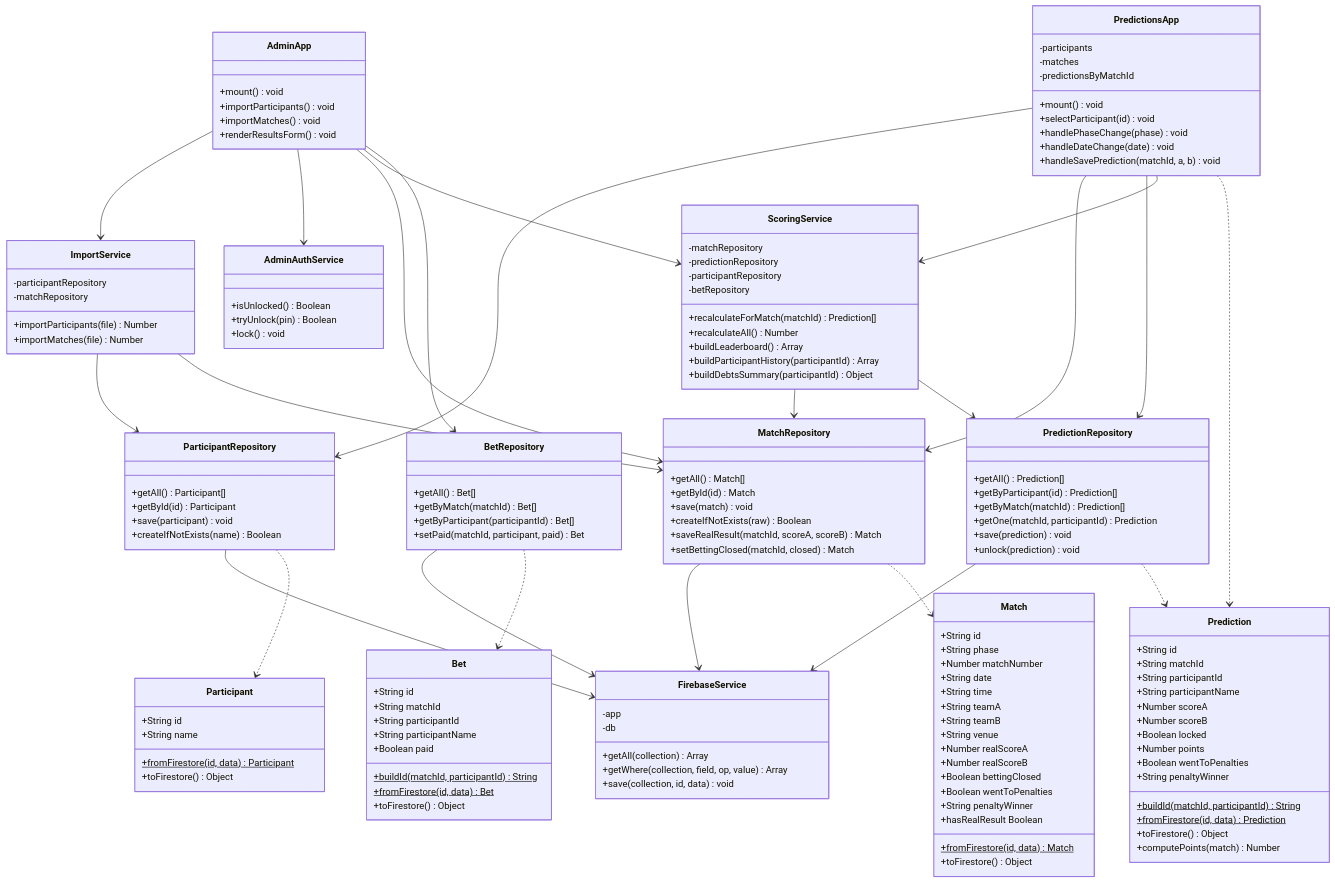
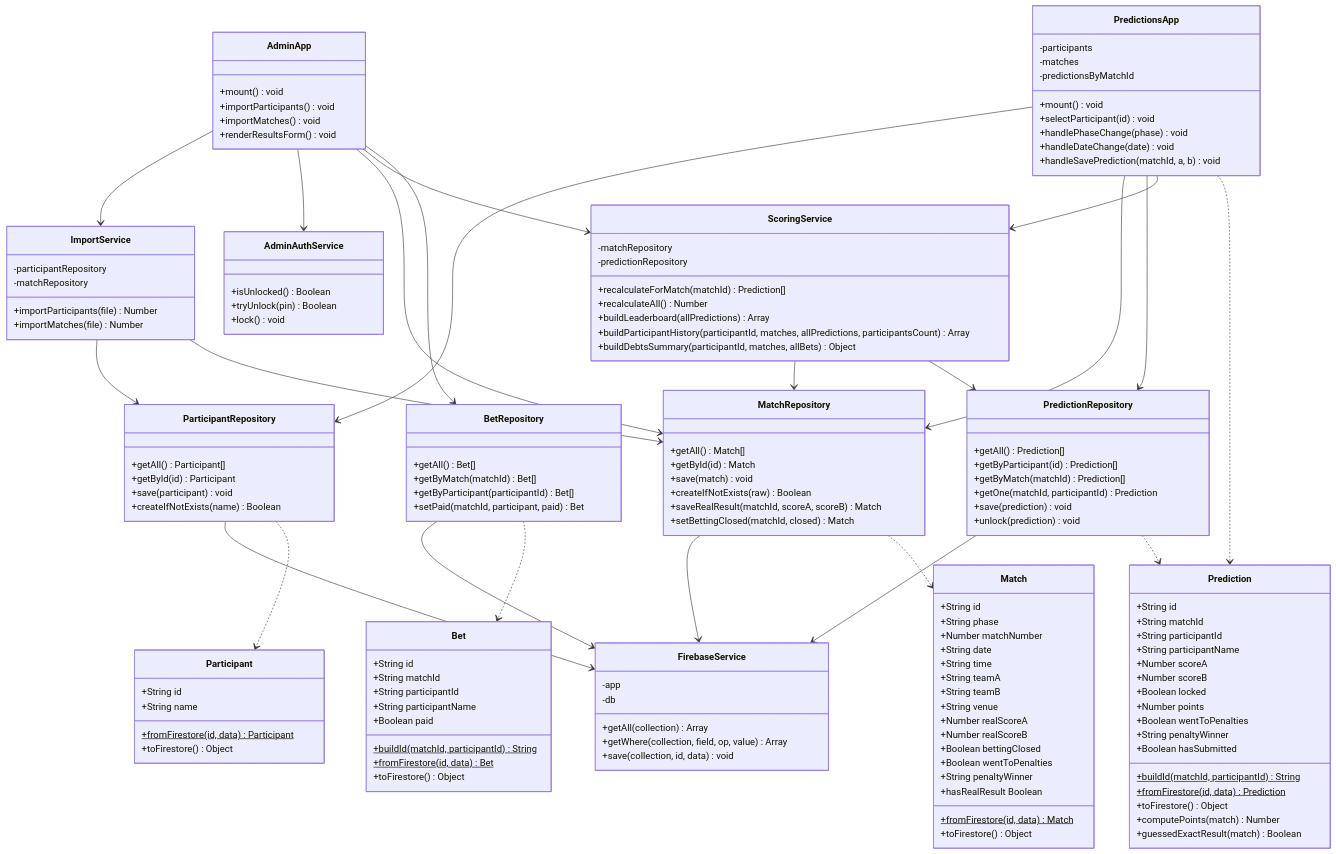
Before and after one commit to cristianfchq/WorldCup2026: the first of 3 diagrams in docs/UML.md, drawn with Mermaid. The commit also changed 13 other files, not shown here.

```diff
--- a/docs/UML.md
+++ b/docs/UML.md
@@ -41,10 +41,12 @@
         +Number points
         +Boolean wentToPenalties
         +String penaltyWinner
+        +Boolean hasSubmitted
         +buildId(matchId, participantId)$ String
         +fromFirestore(id, data)$ Prediction
         +toFirestore() Object
         +computePoints(match) Number
+        +guessedExactResult(match) Boolean
     }
 
     class Bet {
@@ -101,13 +103,11 @@
     class ScoringService {
         -matchRepository
         -predictionRepository
-        -participantRepository
-        -betRepository
         +recalculateForMatch(matchId) Prediction[]
         +recalculateAll() Number
-        +buildLeaderboard() Array
-        +buildParticipantHistory(participantId) Array
-        +buildDebtsSummary(participantId) Object
+        +buildLeaderboard(allPredictions) Array
+        +buildParticipantHistory(participantId, matches, allPredictions, participantsCount) Array
+        +buildDebtsSummary(participantId, matches, allBets) Object
     }
 
     class ImportService {
```
